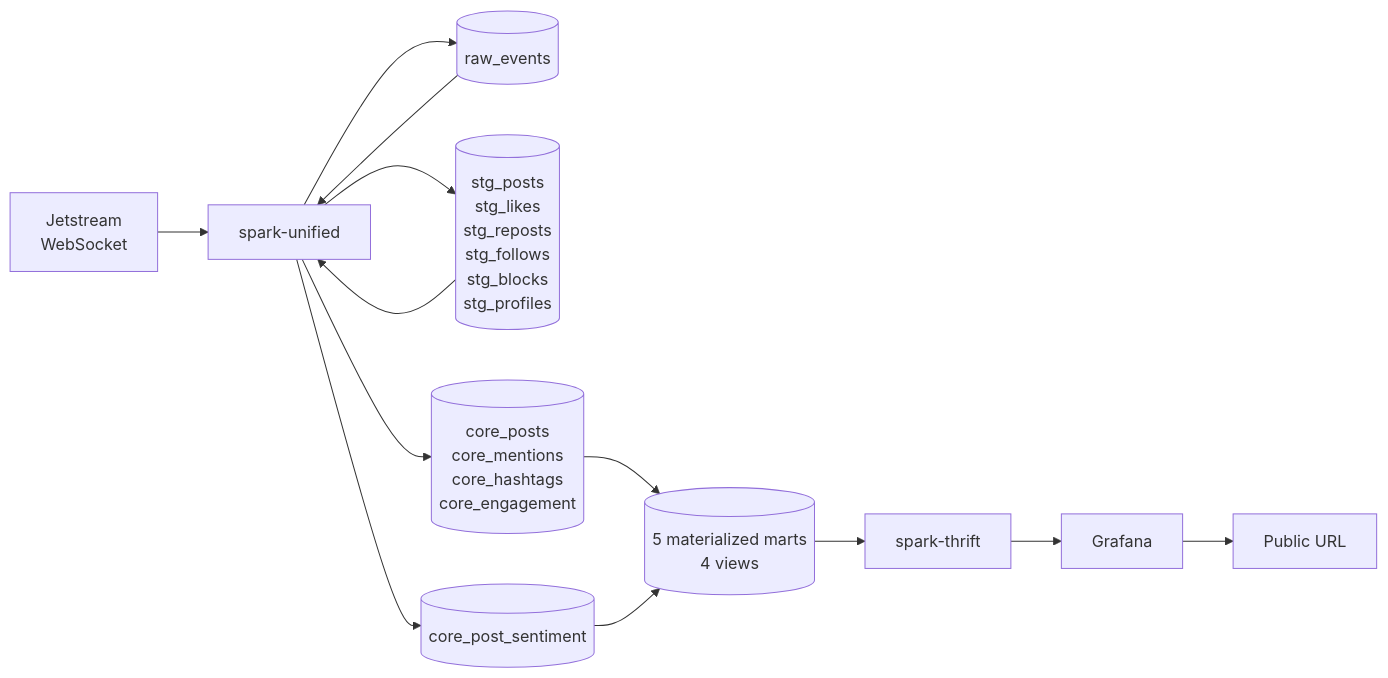
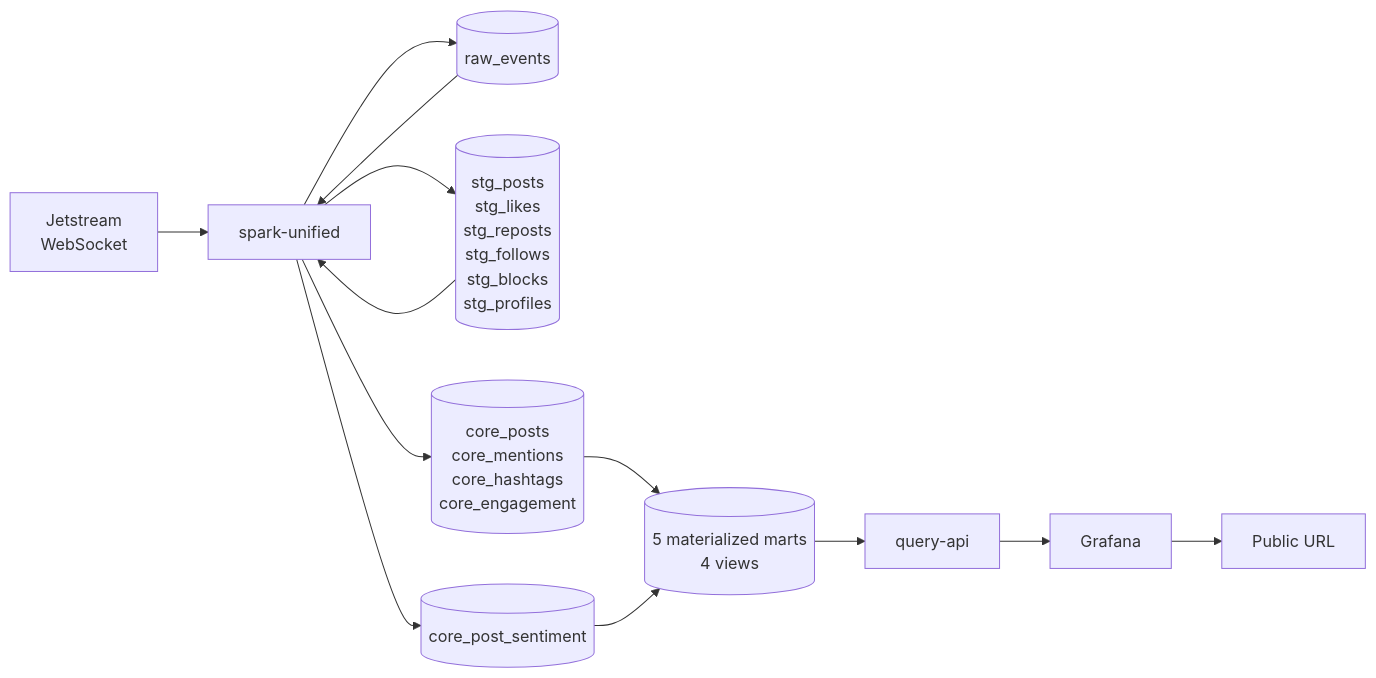
Before and after one commit to joshlizana/atomosphere: the first of 2 diagrams in docs/BRD.md, drawn with Mermaid. The commit also changed other lines of this file and 17 other files, not shown here.

First line of the commit message:
Add query-api and Grafana services (M6 infrastructure)

````diff
--- a/docs/BRD.md
+++ b/docs/BRD.md
@@ -267,14 +267,14 @@
 ```mermaid
 flowchart LR
     JS[Jetstream\nWebSocket] --> SU[spark-unified]
     SU --> RAW[(raw_events)]
     RAW --> SU
     SU --> STG[(stg_posts\nstg_likes\nstg_reposts\nstg_follows\nstg_blocks\nstg_profiles)]
     STG --> SU
     SU --> CORE[(core_posts\ncore_mentions\ncore_hashtags\ncore_engagement)]
     SU --> SENT[(core_post_sentiment)]
     CORE & SENT --> MART[(5 materialized marts\n4 views)]
-    MART --> ST[spark-thrift]
+    MART --> ST[query-api]
     ST --> GF[Grafana]
     GF --> PU[Public URL]
 ```
````
